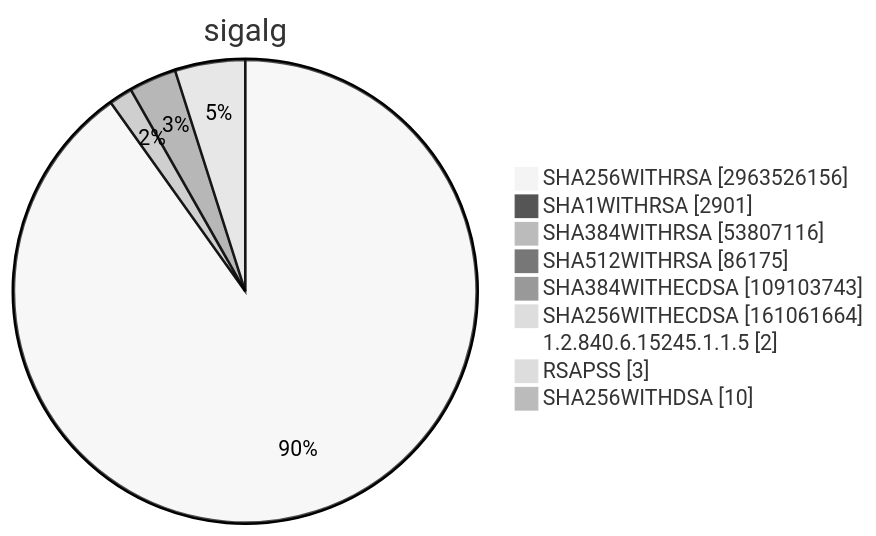
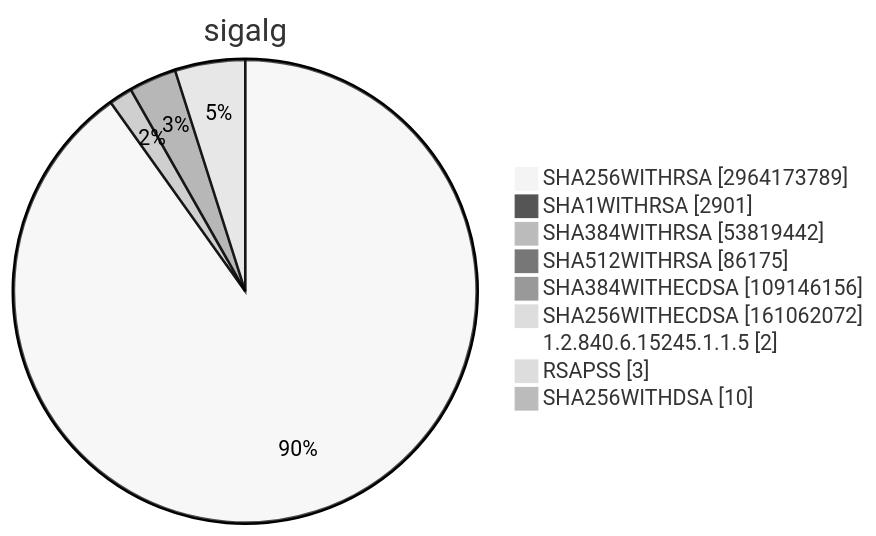
Diagram 15 of 15 in TOTAL/README.md (christiankrug/ctmonitor_visualization), drawn with Mermaid (neutral theme) before and after one commit. The commit also changed other lines of this file, not shown here.

````diff
--- a/TOTAL/README.md
+++ b/TOTAL/README.md
@@ -6207,13 +6207,13 @@
 ```mermaid
 pie showData
 title sigalg
-"SHA256WITHRSA" :2963526156
+"SHA256WITHRSA" :2964173789
 "SHA1WITHRSA" :2901
-"SHA384WITHRSA" :53807116
+"SHA384WITHRSA" :53819442
 "SHA512WITHRSA" :86175
-"SHA384WITHECDSA" :109103743
-"SHA256WITHECDSA" :161061664
+"SHA384WITHECDSA" :109146156
+"SHA256WITHECDSA" :161062072
 "1.2.840.6.15245.1.1.5" :2
 "RSAPSS" :3
 "SHA256WITHDSA" :10
 ```
````
